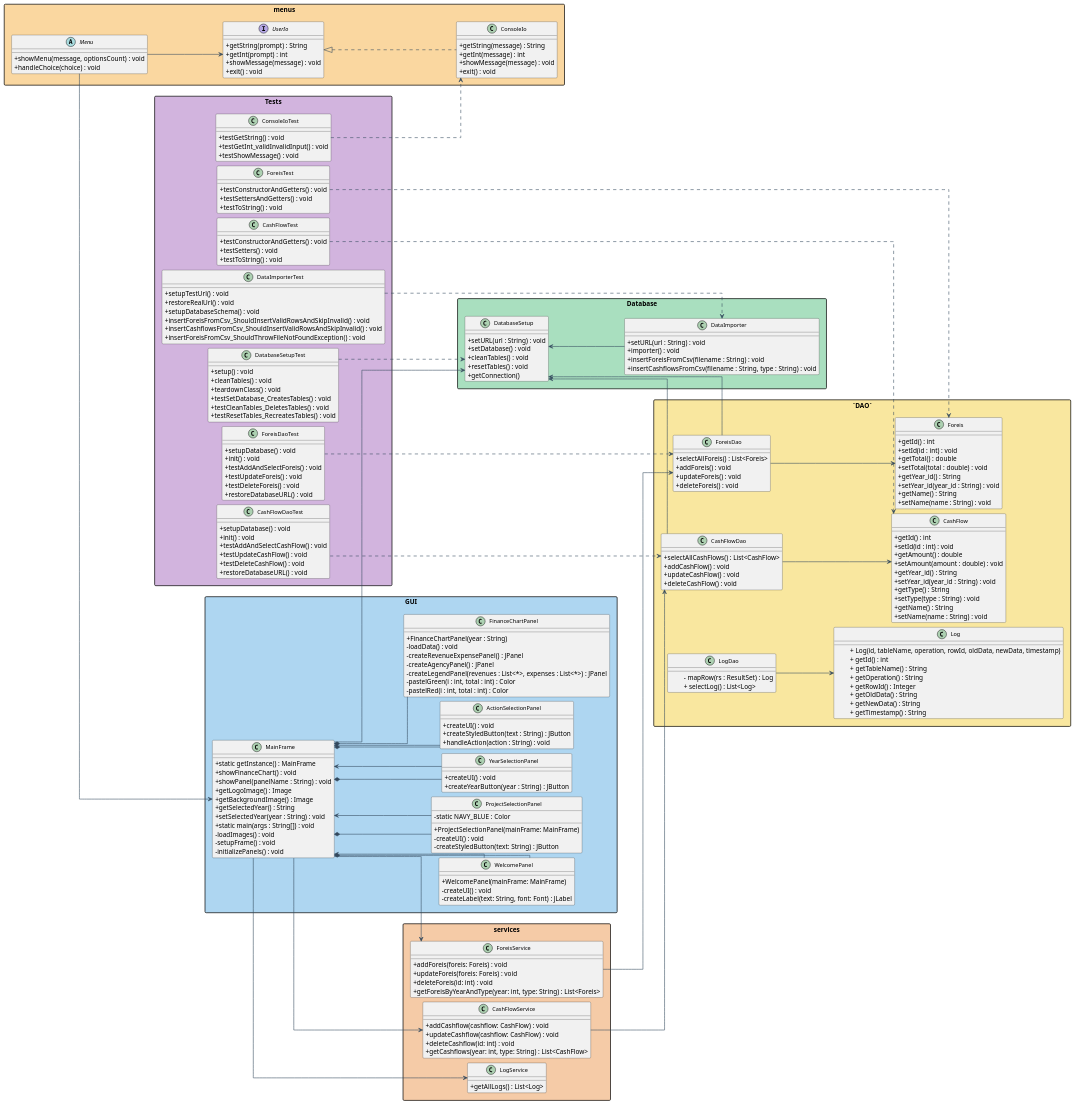
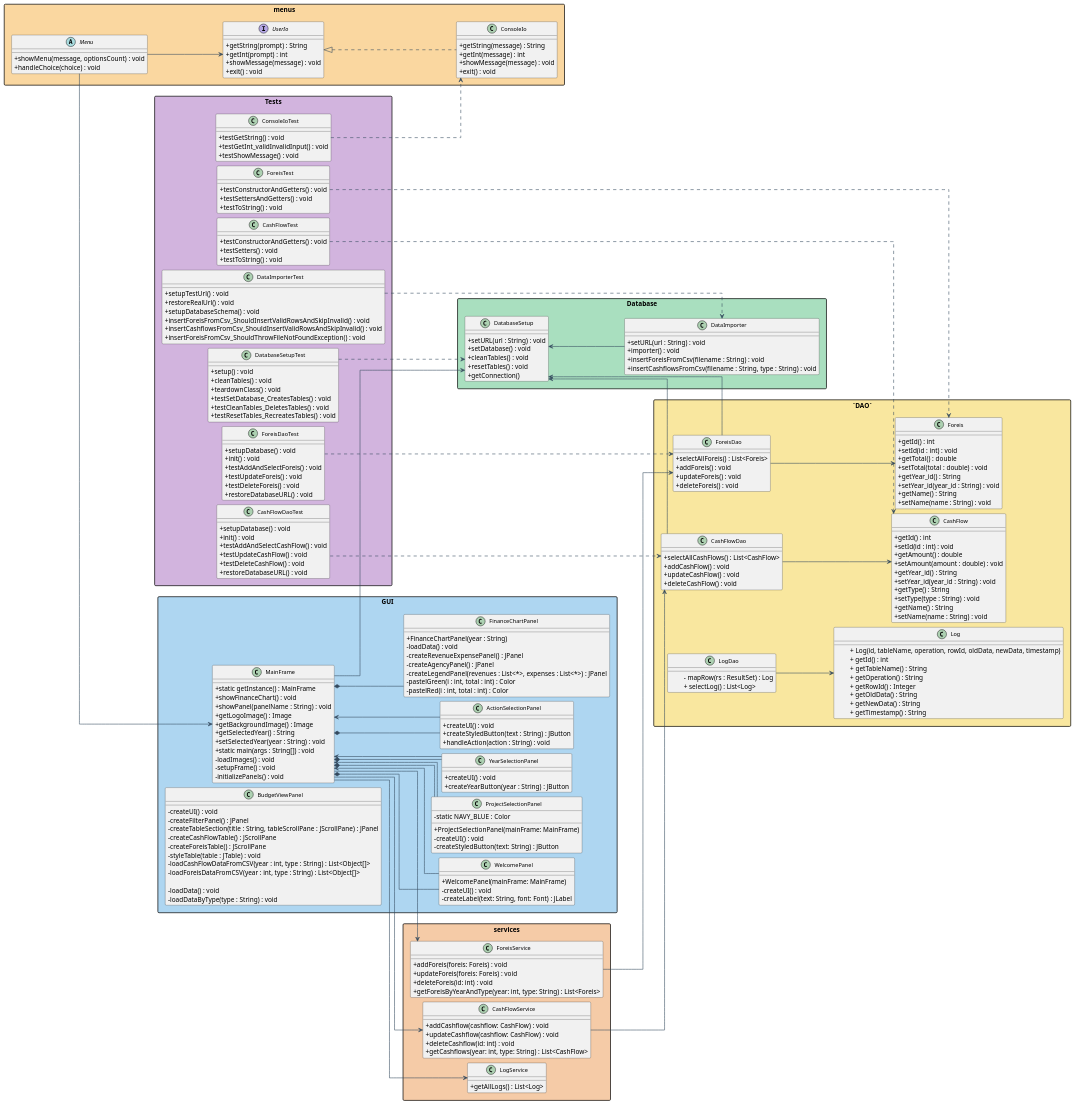
The diagram in project_diagram.puml (FilothodorosChristos/404_NOT_FOUND), drawn with PlantUML before and after one commit. The commit also changed 1 other file, not shown here.

Commit message:
uml graph changes

```diff
--- a/project_diagram.puml
+++ b/project_diagram.puml
@@ -87,6 +87,23 @@
         + createStyledButton(text : String) : JButton
         + handleAction(action : String) : void
     }
+
+    class BudgetViewPanel {
+   
+
+    - createUI() : void
+    - createFilterPanel() : JPanel
+    - createTableSection(title : String, tableScrollPane : JScrollPane) : JPanel
+    - createCashFlowTable() : JScrollPane
+    - createForeisTable() : JScrollPane
+    - styleTable(table : JTable) : void
+    
+    - loadCashFlowDataFromCSV(year : int, type : String) : List<Object[]>
+    - loadForeisDataFromCSV(year : int, type : String) : List<Object[]>
+
+    - loadData() : void
+    - loadDataByType(type : String) : void
+}
 
     class FinanceChartPanel {
         + FinanceChartPanel(year : String)
```
